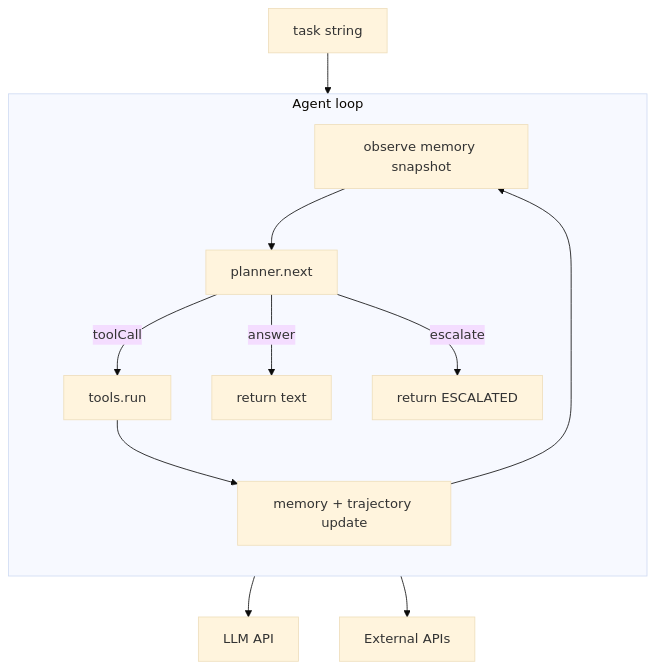
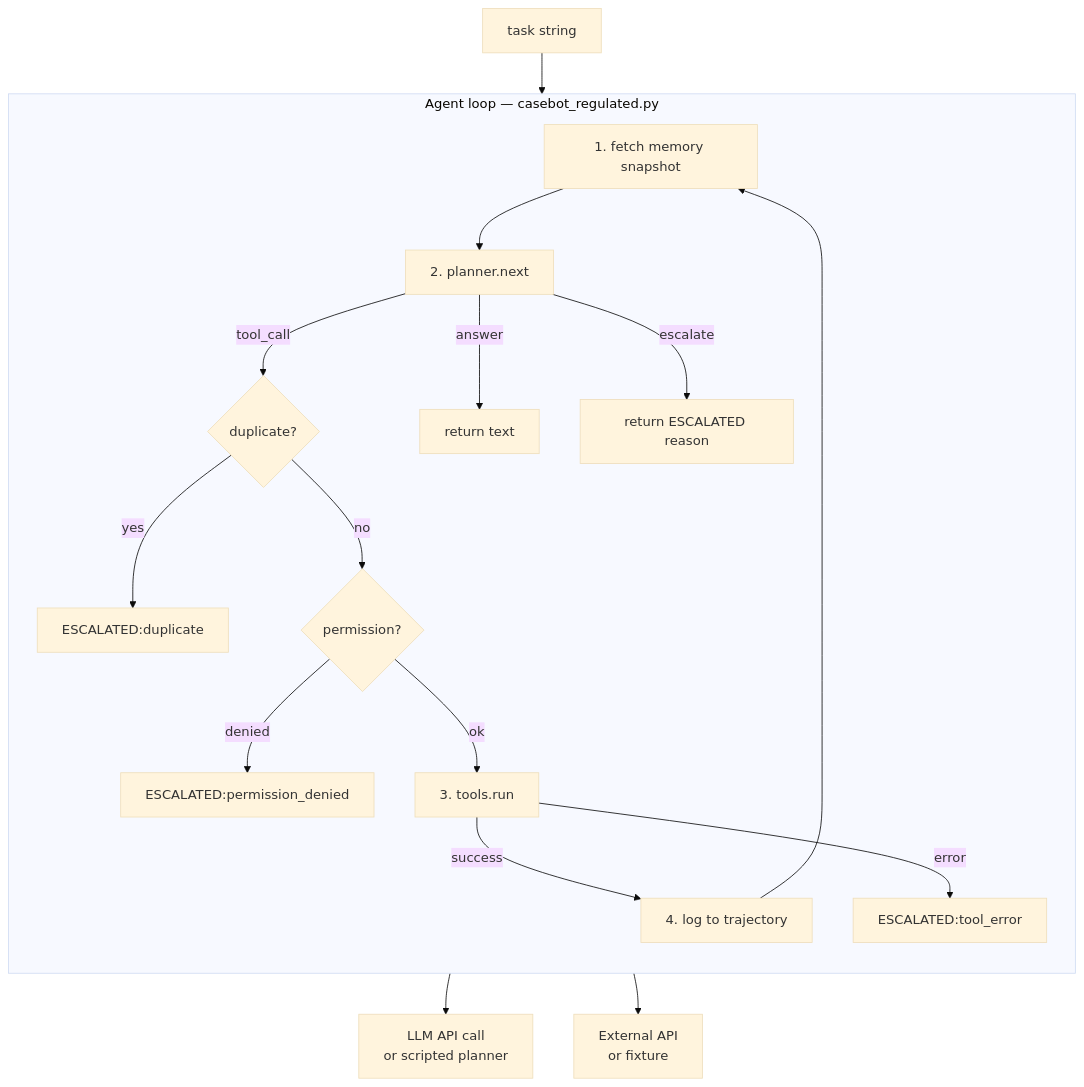
One commit to adu3110/building-agentic-systems changed the first of 3 diagrams in src/book1/03-agent-loop.md. Above: the diagram before and after it, drawn with Mermaid (base theme). The commit also changed other lines of this file and 9 other files, not shown here.

````diff
--- a/src/book1/03-agent-loop.md
+++ b/src/book1/03-agent-loop.md
@@ -11,15 +25,20 @@
 ```mermaid
 flowchart TB
   Task[task string] --> Loop
-  subgraph Loop [Agent loop]
+  subgraph Loop [Agent loop — casebot_regulated.py]
     direction TB
-    Obs[observe memory snapshot] --> Dec[planner.next]
-    Dec -->|toolCall| Tool[tools.run]
+    Obs[1. fetch memory snapshot] --> Dec[2. planner.next]
+    Dec -->|tool_call| Dup{duplicate?}
+    Dup -->|yes| EscDup[ESCALATED:duplicate]
+    Dup -->|no| Perm{permission?}
+    Perm -->|denied| EscPerm[ESCALATED:permission_denied]
+    Perm -->|ok| Tool[3. tools.run]
+    Tool -->|success| Upd[4. log to trajectory]
+    Tool -->|error| EscErr[ESCALATED:tool_error]
+    Upd --> Obs
     Dec -->|answer| Done[return text]
-    Dec -->|escalate| Esc[return ESCALATED]
-    Tool --> Upd[memory + trajectory update]
-    Upd --> Obs
+    Dec -->|escalate| EscA[return ESCALATED reason]
   end
-  Dec --> LLM[LLM API]
-  Tool --> API[External APIs]
+  Dec --> LLM[LLM API call\nor scripted planner]
+  Tool --> API[External API\nor fixture]
 ```
````
